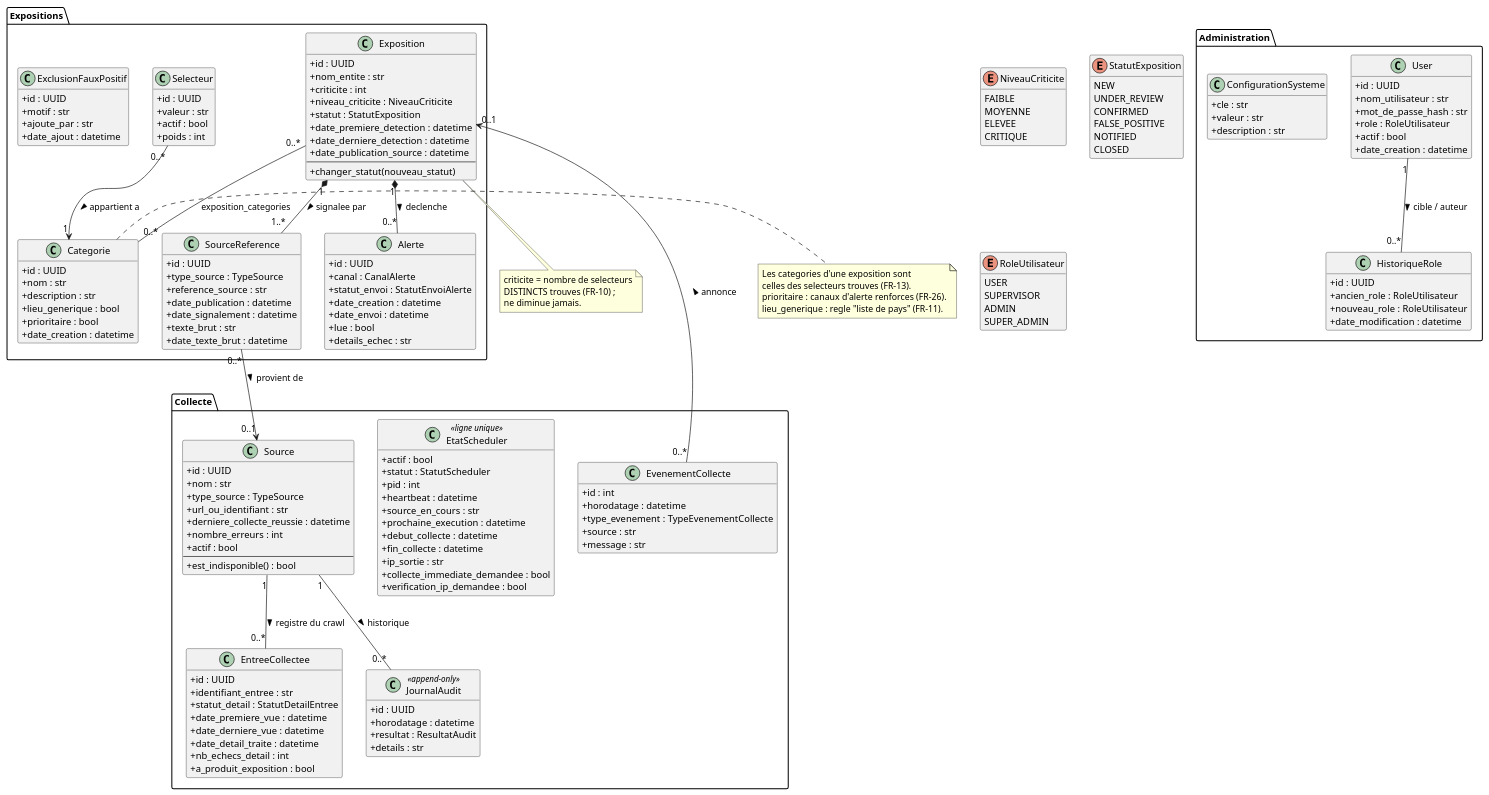
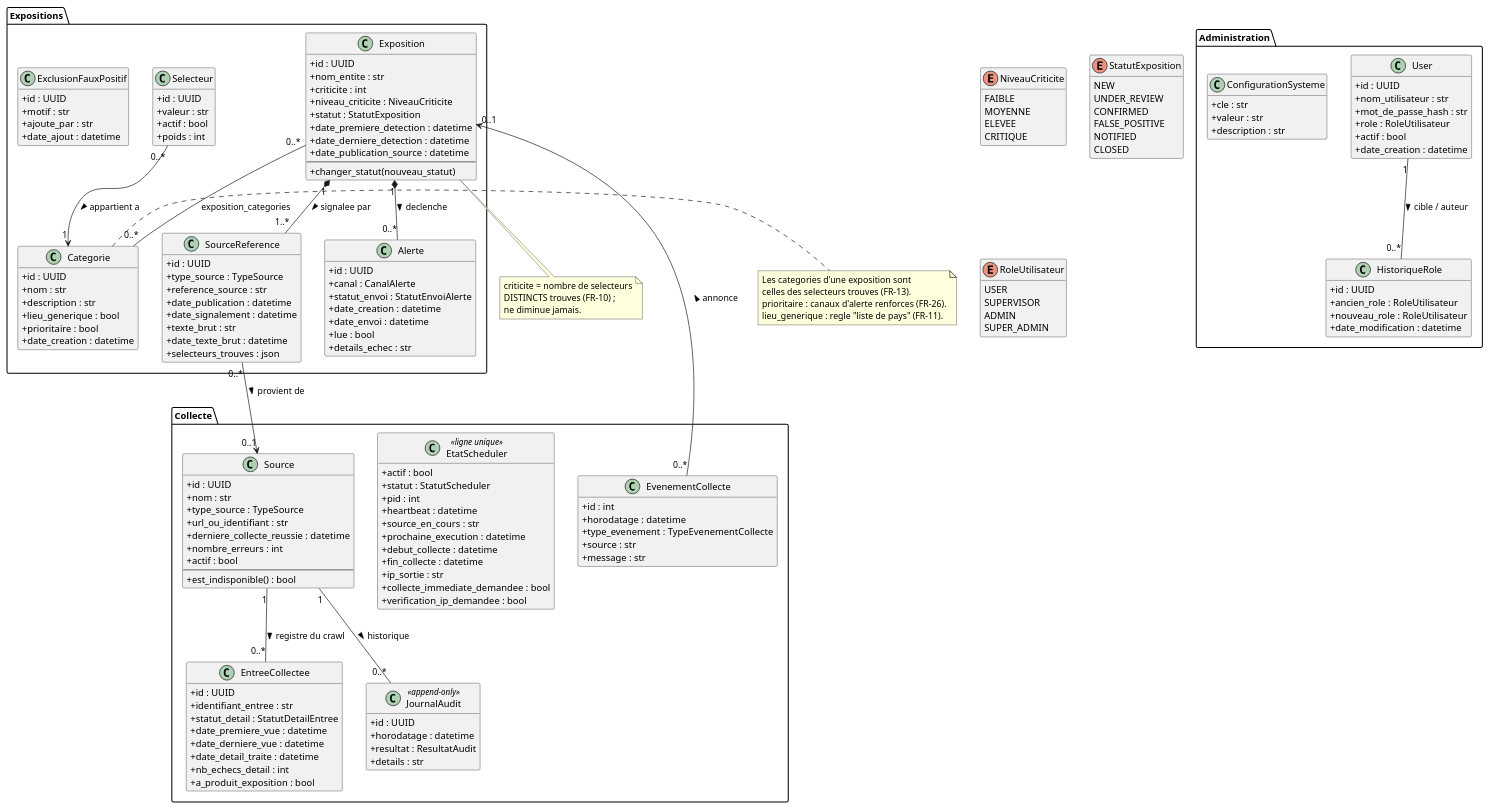
The diagram in docs/uml/classes.puml (vnyay1/dark-web-monitoring), drawn with PlantUML before and after one commit. The commit also changed 45 other files, not shown here.

```diff
--- a/docs/uml/classes.puml
+++ b/docs/uml/classes.puml
@@ -1,195 +1,196 @@
 @startuml ClassDiagram_DarkWebMonitoring
 
 ' Modele de donnees de Sentinel (app/models/__init__.py).
 ' CN-03 / CN-04 : seules des metadonnees sont stockees - aucune donnee
 ' divulguee, aucun nom de personne, aucun extrait d'annonce.
 
 skinparam classAttributeIconSize 0
 hide empty methods
 
 package "Expositions" {
 
   class Exposition {
     +id : UUID
     +nom_entite : str
     +criticite : int
     +niveau_criticite : NiveauCriticite
     +statut : StatutExposition
     +date_premiere_detection : datetime
     +date_derniere_detection : datetime
     +date_publication_source : datetime
     --
     +changer_statut(nouveau_statut)
   }
 
   class SourceReference {
     +id : UUID
     +type_source : TypeSource
     +reference_source : str
     +date_publication : datetime
     +date_signalement : datetime
     +texte_brut : str
     +date_texte_brut : datetime
+    +selecteurs_trouves : json
   }
 
   class Categorie {
     +id : UUID
     +nom : str
     +description : str
     +lieu_generique : bool
     +prioritaire : bool
     +date_creation : datetime
   }
 
   class Selecteur {
     +id : UUID
     +valeur : str
     +actif : bool
     +poids : int
   }
 
   class ExclusionFauxPositif {
     +id : UUID
     +motif : str
     +ajoute_par : str
     +date_ajout : datetime
   }
 
   class Alerte {
     +id : UUID
     +canal : CanalAlerte
     +statut_envoi : StatutEnvoiAlerte
     +date_creation : datetime
     +date_envoi : datetime
     +lue : bool
     +details_echec : str
   }
 }
 
 package "Collecte" {
 
   class Source {
     +id : UUID
     +nom : str
     +type_source : TypeSource
     +url_ou_identifiant : str
     +derniere_collecte_reussie : datetime
     +nombre_erreurs : int
     +actif : bool
     --
     +est_indisponible() : bool
   }
 
   class EntreeCollectee {
     +id : UUID
     +identifiant_entree : str
     +statut_detail : StatutDetailEntree
     +date_premiere_vue : datetime
     +date_derniere_vue : datetime
     +date_detail_traite : datetime
     +nb_echecs_detail : int
     +a_produit_exposition : bool
   }
 
   class JournalAudit <<append-only>> {
     +id : UUID
     +horodatage : datetime
     +resultat : ResultatAudit
     +details : str
   }
 
   class EtatScheduler <<ligne unique>> {
     +actif : bool
     +statut : StatutScheduler
     +pid : int
     +heartbeat : datetime
     +source_en_cours : str
     +prochaine_execution : datetime
     +debut_collecte : datetime
     +fin_collecte : datetime
     +ip_sortie : str
     +collecte_immediate_demandee : bool
     +verification_ip_demandee : bool
   }
 
   class EvenementCollecte {
     +id : int
     +horodatage : datetime
     +type_evenement : TypeEvenementCollecte
     +source : str
     +message : str
   }
 }
 
 package "Administration" {
 
   class User {
     +id : UUID
     +nom_utilisateur : str
     +mot_de_passe_hash : str
     +role : RoleUtilisateur
     +actif : bool
     +date_creation : datetime
   }
 
   class HistoriqueRole {
     +id : UUID
     +ancien_role : RoleUtilisateur
     +nouveau_role : RoleUtilisateur
     +date_modification : datetime
   }
 
   class ConfigurationSysteme {
     +cle : str
     +valeur : str
     +description : str
   }
 }
 
 enum NiveauCriticite {
   FAIBLE
   MOYENNE
   ELEVEE
   CRITIQUE
 }
 
 enum StatutExposition {
   NEW
   UNDER_REVIEW
   CONFIRMED
   FALSE_POSITIVE
   NOTIFIED
   CLOSED
 }
 
 enum RoleUtilisateur {
   USER
   SUPERVISOR
   ADMIN
   SUPER_ADMIN
 }
 
 Exposition "1" *-- "1..*" SourceReference : signalee par >
 SourceReference "0..*" --> "0..1" Source : provient de >
 Exposition "0..*" -- "0..*" Categorie : exposition_categories
 Selecteur "0..*" --> "1" Categorie : appartient a >
 Exposition "1" *-- "0..*" Alerte : declenche >
 Source "1" -- "0..*" JournalAudit : historique >
 Source "1" -- "0..*" EntreeCollectee : registre du crawl >
 EvenementCollecte "0..*" --> "0..1" Exposition : annonce >
 User "1" -- "0..*" HistoriqueRole : cible / auteur >
 
 note right of Categorie
   Les categories d'une exposition sont
   celles des selecteurs trouves (FR-13).
   prioritaire : canaux d'alerte renforces (FR-26).
   lieu_generique : regle "liste de pays" (FR-11).
 end note
 
 note bottom of Exposition
   criticite = nombre de selecteurs
   DISTINCTS trouves (FR-10) ;
   ne diminue jamais.
 end note
 
 @enduml
```
